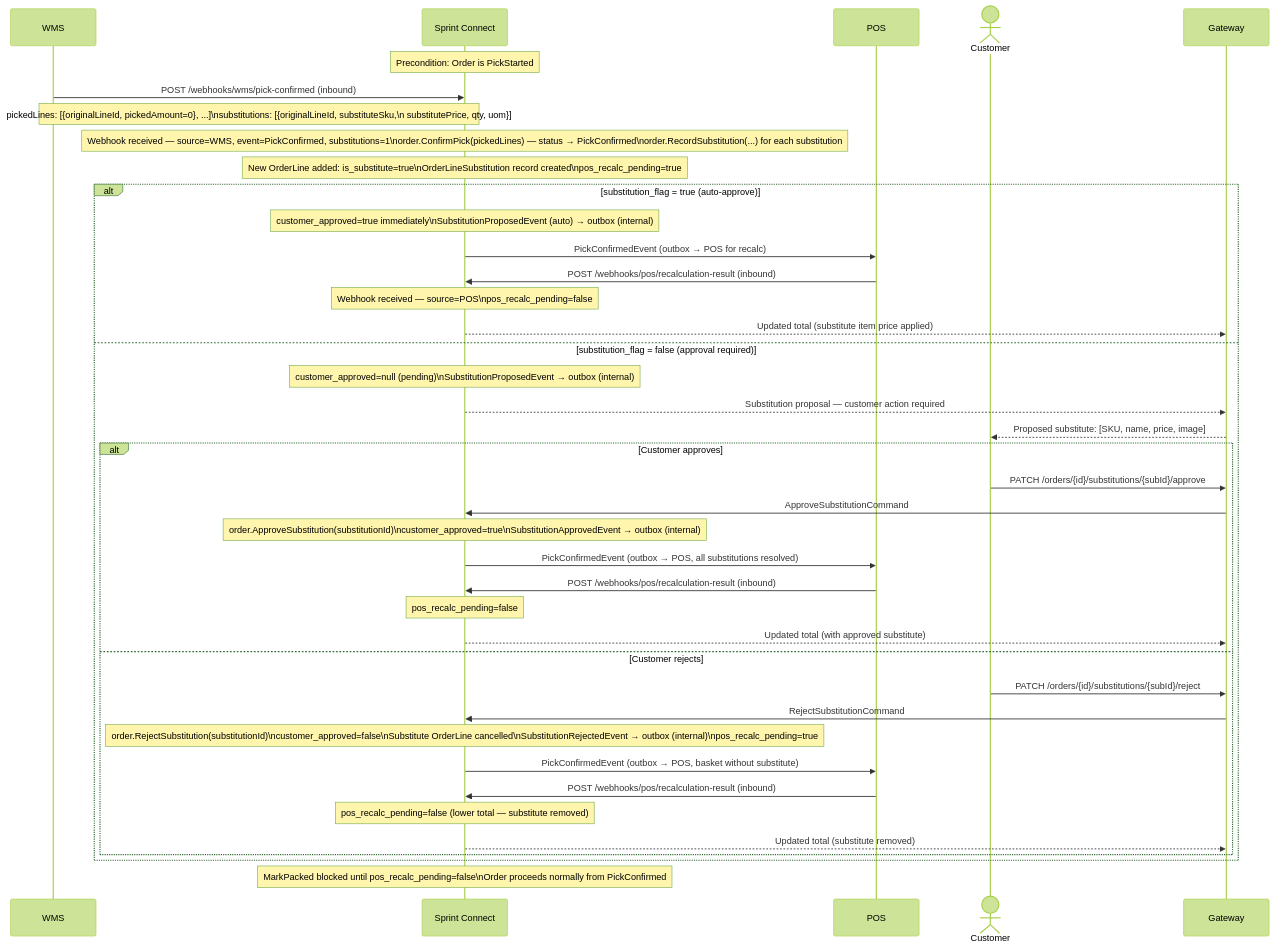
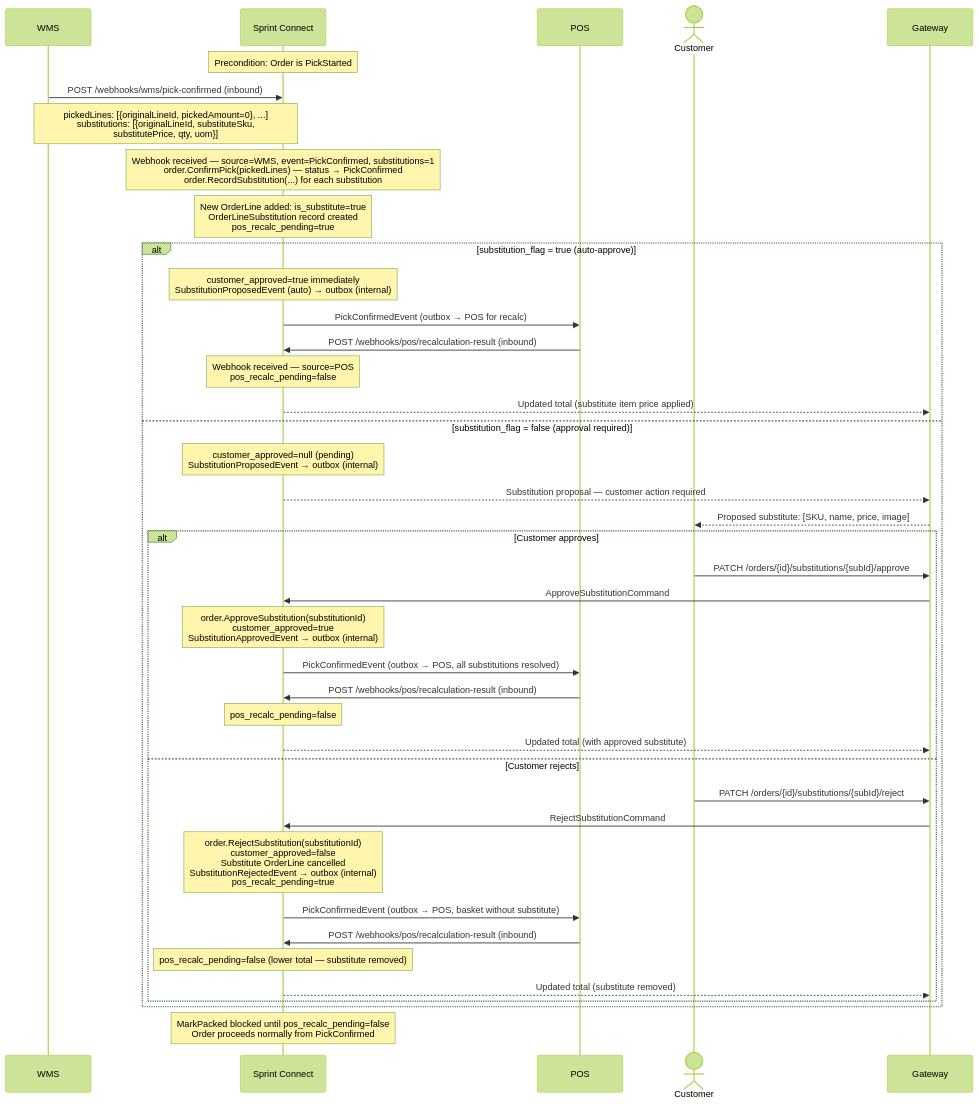
Diagram 19 of 24 in result/oms-sequence-diagrams.md (rosered11/personal-claude), drawn with Mermaid (forest theme) before and after one commit. The commit also changed other lines of this file and 7 other files, not shown here.

````diff
--- a/result/oms-sequence-diagrams.md
+++ b/result/oms-sequence-diagrams.md
@@ -664,51 +664,51 @@
 ```mermaid
 sequenceDiagram
     participant WMS as WMS
     participant SC as Sprint Connect
     participant POS as POS
     actor C as Customer
     participant GW as Gateway
 
     Note over SC: Precondition: Order is PickStarted
 
     WMS->>SC: POST /webhooks/wms/pick-confirmed (inbound)
-    Note over SC,WMS: pickedLines: [{originalLineId, pickedAmount=0}, ...]\nsubstitutions: [{originalLineId, substituteSku,\n  substitutePrice, qty, uom}]
+    Note over SC,WMS: pickedLines: [{originalLineId, pickedAmount=0}, ...]<br>substitutions: [{originalLineId, substituteSku,<br>  substitutePrice, qty, uom}]
 
-    Note over SC: Webhook received — source=WMS, event=PickConfirmed, substitutions=1\norder.ConfirmPick(pickedLines) — status → PickConfirmed\norder.RecordSubstitution(...) for each substitution
+    Note over SC: Webhook received — source=WMS, event=PickConfirmed, substitutions=1<br>order.ConfirmPick(pickedLines) — status → PickConfirmed<br>order.RecordSubstitution(...) for each substitution
 
-    Note over SC: New OrderLine added: is_substitute=true\nOrderLineSubstitution record created\npos_recalc_pending=true
+    Note over SC: New OrderLine added: is_substitute=true<br>OrderLineSubstitution record created<br>pos_recalc_pending=true
 
     alt substitution_flag = true (auto-approve)
-        Note over SC: customer_approved=true immediately\nSubstitutionProposedEvent (auto) → outbox (internal)
+        Note over SC: customer_approved=true immediately<br>SubstitutionProposedEvent (auto) → outbox (internal)
         SC->>POS: PickConfirmedEvent (outbox → POS for recalc)
         POS->>SC: POST /webhooks/pos/recalculation-result (inbound)
-        Note over SC: Webhook received — source=POS\npos_recalc_pending=false
+        Note over SC: Webhook received — source=POS<br>pos_recalc_pending=false
         SC-->>GW: Updated total (substitute item price applied)
 
     else substitution_flag = false (approval required)
-        Note over SC: customer_approved=null (pending)\nSubstitutionProposedEvent → outbox (internal)
+        Note over SC: customer_approved=null (pending)<br>SubstitutionProposedEvent → outbox (internal)
         SC-->>GW: Substitution proposal — customer action required
         GW-->>C: Proposed substitute: [SKU, name, price, image]
 
         alt Customer approves
             C->>GW: PATCH /orders/{id}/substitutions/{subId}/approve
             GW->>SC: ApproveSubstitutionCommand
-            Note over SC: order.ApproveSubstitution(substitutionId)\ncustomer_approved=true\nSubstitutionApprovedEvent → outbox (internal)
+            Note over SC: order.ApproveSubstitution(substitutionId)<br>customer_approved=true<br>SubstitutionApprovedEvent → outbox (internal)
             SC->>POS: PickConfirmedEvent (outbox → POS, all substitutions resolved)
             POS->>SC: POST /webhooks/pos/recalculation-result (inbound)
             Note over SC: pos_recalc_pending=false
             SC-->>GW: Updated total (with approved substitute)
 
         else Customer rejects
             C->>GW: PATCH /orders/{id}/substitutions/{subId}/reject
             GW->>SC: RejectSubstitutionCommand
-            Note over SC: order.RejectSubstitution(substitutionId)\ncustomer_approved=false\nSubstitute OrderLine cancelled\nSubstitutionRejectedEvent → outbox (internal)\npos_recalc_pending=true
+            Note over SC: order.RejectSubstitution(substitutionId)<br>customer_approved=false<br>Substitute OrderLine cancelled<br>SubstitutionRejectedEvent → outbox (internal)<br>pos_recalc_pending=true
             SC->>POS: PickConfirmedEvent (outbox → POS, basket without substitute)
             POS->>SC: POST /webhooks/pos/recalculation-result (inbound)
             Note over SC: pos_recalc_pending=false (lower total — substitute removed)
             SC-->>GW: Updated total (substitute removed)
         end
     end
 
-    Note over SC: MarkPacked blocked until pos_recalc_pending=false\nOrder proceeds normally from PickConfirmed
+    Note over SC: MarkPacked blocked until pos_recalc_pending=false<br>Order proceeds normally from PickConfirmed
 ```
````
